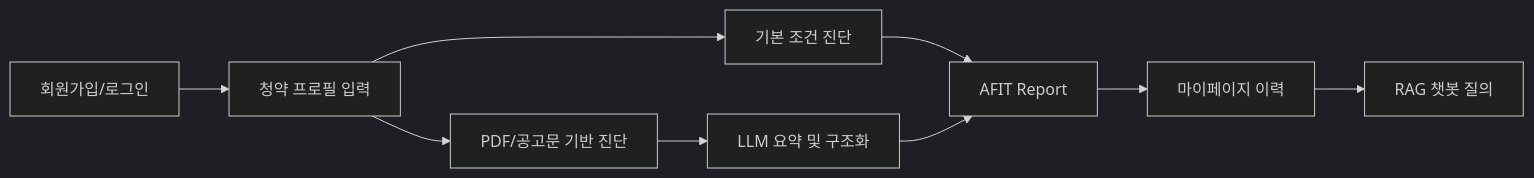
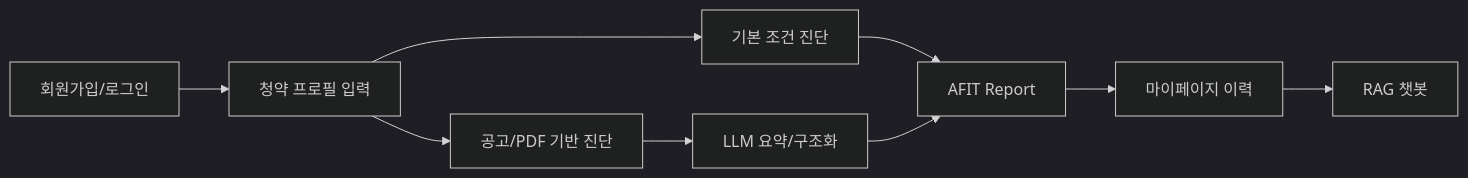
The first of 4 diagrams in README.md (ldy-99/SKN29-3rd-3team), drawn with Mermaid (dark theme) before and after one commit. The commit also changed other lines of this file and 7 other files, not shown here.

````diff
--- a/README.md
+++ b/README.md
@@ -99,11 +38,11 @@
 ```mermaid
 flowchart LR
-    A["회원가입/로그인"] --> B["청약 프로필 입력"]
-    B --> C["기본 조건 진단"]
-    B --> D["PDF/공고문 기반 진단"]
-    D --> E["LLM 요약 및 구조화"]
-    C --> F["AFIT Report"]
-    E --> F
-    F --> G["마이페이지 이력"]
-    G --> H["RAG 챗봇 질의"]
+    Signup["회원가입/로그인"] --> Profile["청약 프로필 입력"]
+    Profile --> Basic["기본 조건 진단"]
+    Profile --> Notice["공고/PDF 기반 진단"]
+    Notice --> Summary["LLM 요약/구조화"]
+    Basic --> Report["AFIT Report"]
+    Summary --> Report
+    Report --> History["마이페이지 이력"]
+    History --> Chat["RAG 챗봇"]
 ```
````
